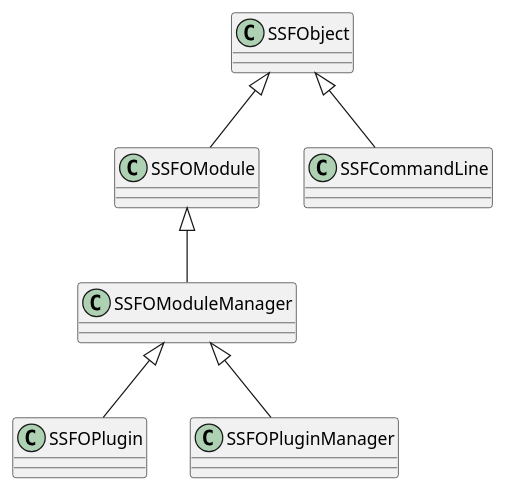
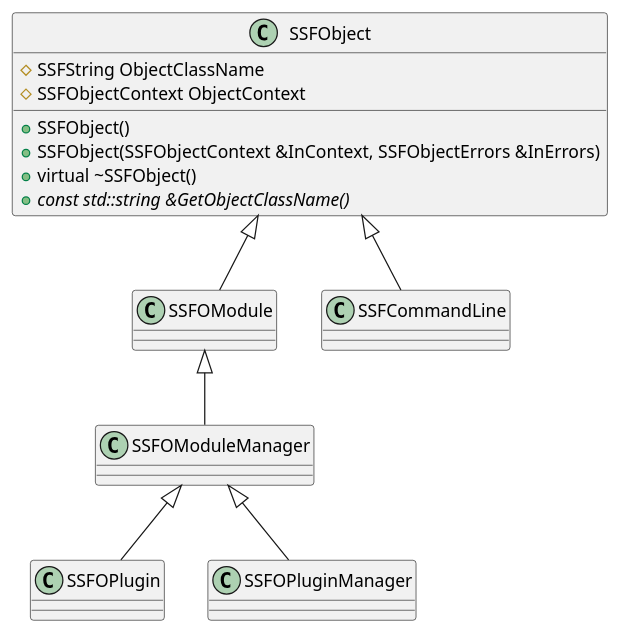
Before and after one commit to xcyh410713847/SkywalkerGameServer: the diagram in SkywalkerServerFramework/SkywalkerServerFramework.plantuml, drawn with PlantUML. The commit also changed 1 other file, not shown here.

```diff
--- a/SkywalkerServerFramework/SkywalkerServerFramework.plantuml
+++ b/SkywalkerServerFramework/SkywalkerServerFramework.plantuml
@@ -1,44 +1,51 @@
 @startuml SkywalkerServerFramework
 
 class SSFObject
 {
+    +SSFObject()
+    +SSFObject(SSFObjectContext &InContext, SSFObjectErrors &InErrors)
+    +virtual ~SSFObject()
 
+    #SSFString ObjectClassName
+    #SSFObjectContext ObjectContext
+
+    +{abstract} const std::string &GetObjectClassName()
 }
 
 class SSFOModule
 {
 
 }
 
 class SSFOModuleManager
 {
 
 }
 
 class SSFOPlugin
 {
 
 }
 
 class SSFOPluginManager
 {
 
 }
 
 class SSFCommandLine
 {
 
 }
 
 '继承自 SSFObject
 SSFObject <|-- SSFOModule
 SSFObject <|-- SSFCommandLine
 
 '继承自 SSFOModule
 SSFOModule <|-- SSFOModuleManager
 
 '继承自 SSFOModuleManager
 SSFOModuleManager <|-- SSFOPlugin
 SSFOModuleManager <|-- SSFOPluginManager
 
 @enduml
```
